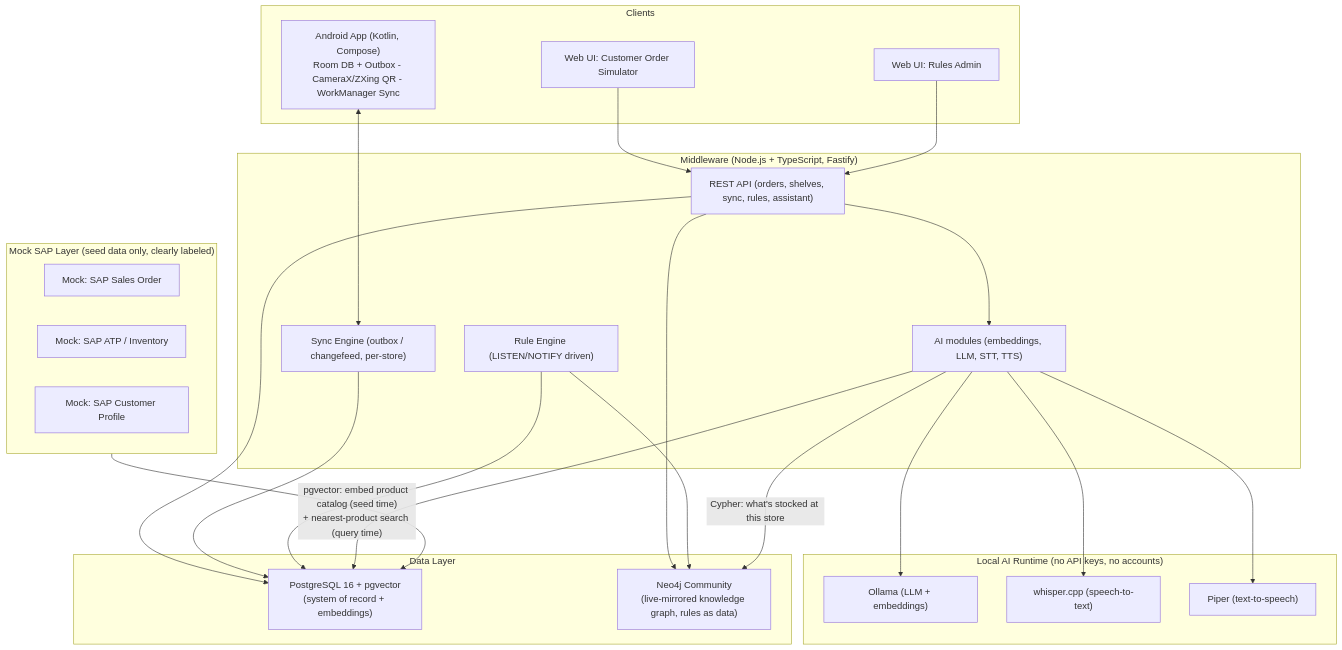
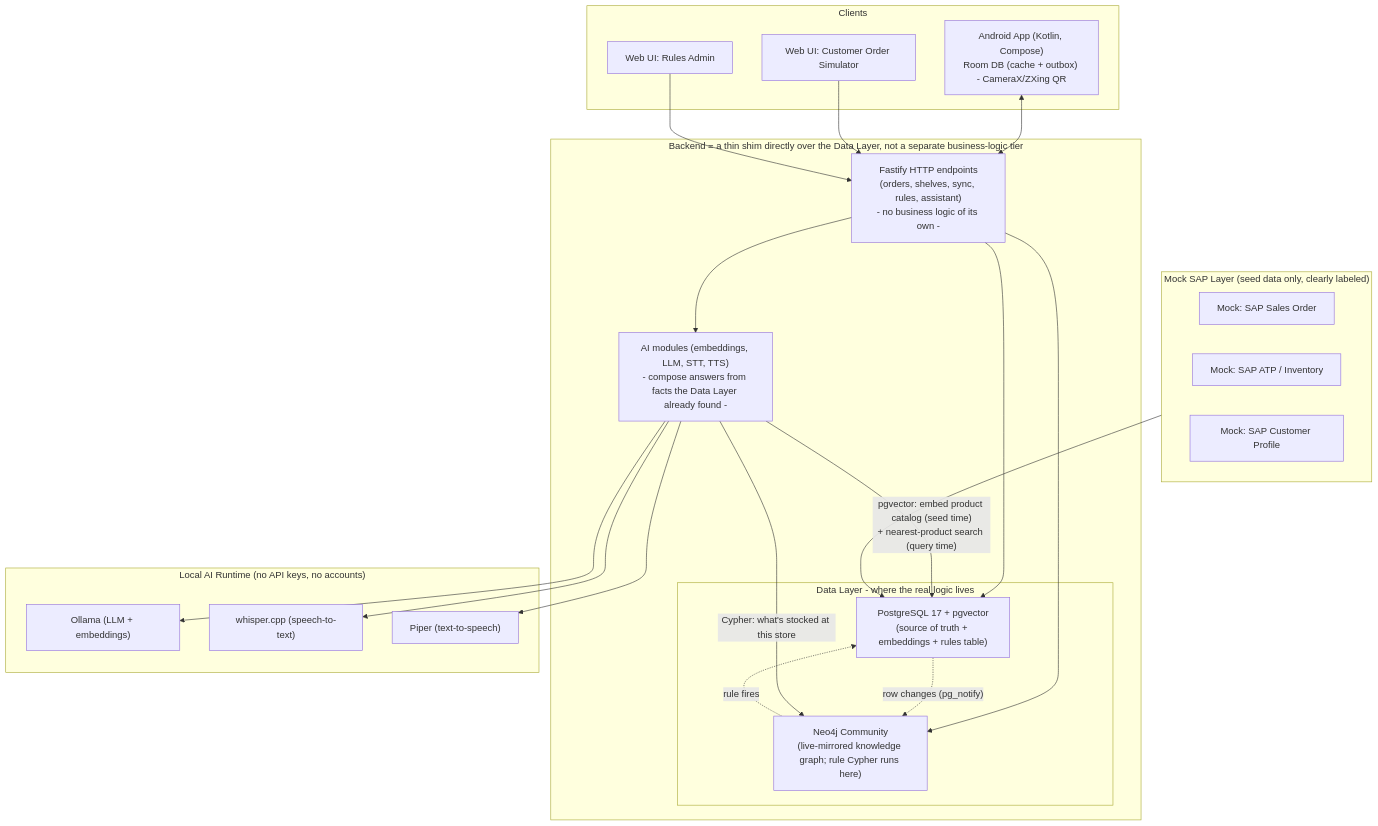
Before and after one commit to chrizmc/store-use-case: the first of 3 diagrams in docs/architecture.md, drawn with Mermaid. The commit also changed other lines of this file and 58 other files, not shown here.

````diff
--- a/docs/architecture.md
+++ b/docs/architecture.md
@@ -5,48 +5,45 @@
 ```mermaid
 flowchart TB
     subgraph Mocks["Mock SAP Layer (seed data only, clearly labeled)"]
         M1["Mock: SAP Sales Order"]
         M2["Mock: SAP ATP / Inventory"]
         M3["Mock: SAP Customer Profile"]
     end
 
     subgraph Client["Clients"]
-        Android["Android App (Kotlin, Compose)\nRoom DB + Outbox - CameraX/ZXing QR - WorkManager Sync"]
+        Android["Android App (Kotlin, Compose)\nRoom DB (cache + outbox) - CameraX/ZXing QR"]
         WebSim["Web UI: Customer Order Simulator"]
         WebRules["Web UI: Rules Admin"]
     end
 
-    subgraph Middleware["Middleware (Node.js + TypeScript, Fastify)"]
-        API["REST API (orders, shelves, sync, rules, assistant)"]
-        SyncEngine["Sync Engine (outbox / changefeed, per-store)"]
-        RuleEngine["Rule Engine (LISTEN/NOTIFY driven)"]
-        AIService["AI modules (embeddings, LLM, STT, TTS)"]
-    end
+    subgraph Backend["Backend = a thin shim directly over the Data Layer, not a separate business-logic tier"]
+        API["Fastify HTTP endpoints\n(orders, shelves, sync, rules, assistant)\n- no business logic of its own -"]
+        AIService["AI modules (embeddings, LLM, STT, TTS)\n- compose answers from facts the Data Layer already found -"]
 
-    subgraph Data["Data Layer"]
-        PG["PostgreSQL 16 + pgvector\n(system of record + embeddings)"]
-        Neo["Neo4j Community\n(live-mirrored knowledge graph, rules as data)"]
+        subgraph Data["Data Layer - where the real logic lives"]
+            PG["PostgreSQL 17 + pgvector\n(source of truth + embeddings + rules table)"]
+            Neo["Neo4j Community\n(live-mirrored knowledge graph; rule Cypher runs here)"]
+        end
     end
 
     subgraph AI["Local AI Runtime (no API keys, no accounts)"]
         Ollama["Ollama (LLM + embeddings)"]
         Whisper["whisper.cpp (speech-to-text)"]
         Piper["Piper (text-to-speech)"]
     end
 
     Mocks --> PG
-    Android <--> SyncEngine
+    Android <--> API
     WebSim --> API
     WebRules --> API
     API --> PG
     API --> Neo
-    SyncEngine --> PG
-    RuleEngine --> PG
-    RuleEngine --> Neo
+    PG -. "row changes (pg_notify)" .-> Neo
+    Neo -. "rule fires" .-> PG
     AIService --> Ollama
     AIService --> Whisper
     AIService --> Piper
     AIService -->|"pgvector: embed product catalog (seed time)\n+ nearest-product search (query time)"| PG
     AIService -->|"Cypher: what's stocked at this store"| Neo
     API --> AIService
 ```
````
